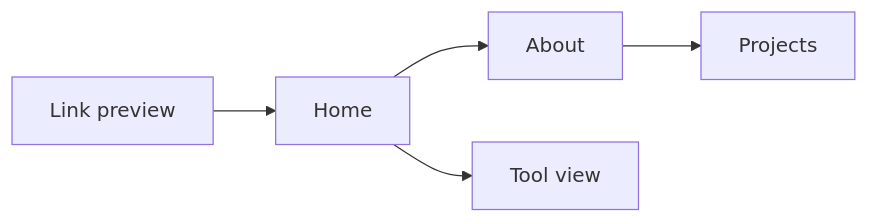
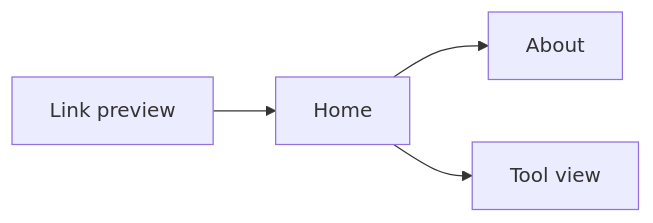
The diagram in specs/30-experience/flows/FLOW-02-visitor-first-visit.md (thanh-taro/taro-kit), drawn with Mermaid before and after one commit. The commit also changed other lines of this file and 121 other files, not shown here.

````diff
--- a/specs/30-experience/flows/FLOW-02-visitor-first-visit.md
+++ b/specs/30-experience/flows/FLOW-02-visitor-first-visit.md
@@ -13,7 +13,6 @@
 ```mermaid
 flowchart LR
   P[Link preview] --> H[Home]
   H --> A[About]
-  A --> PR[Projects]
   H --> T[Tool view]
 ```
````
